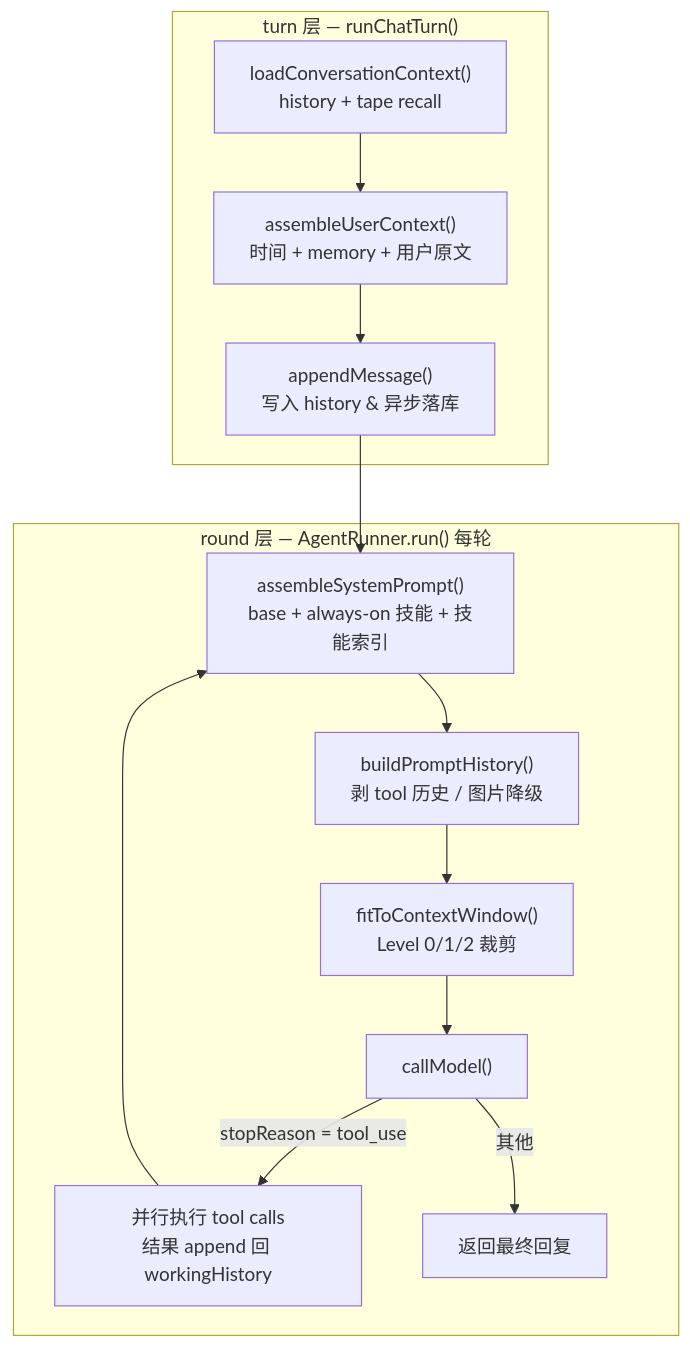
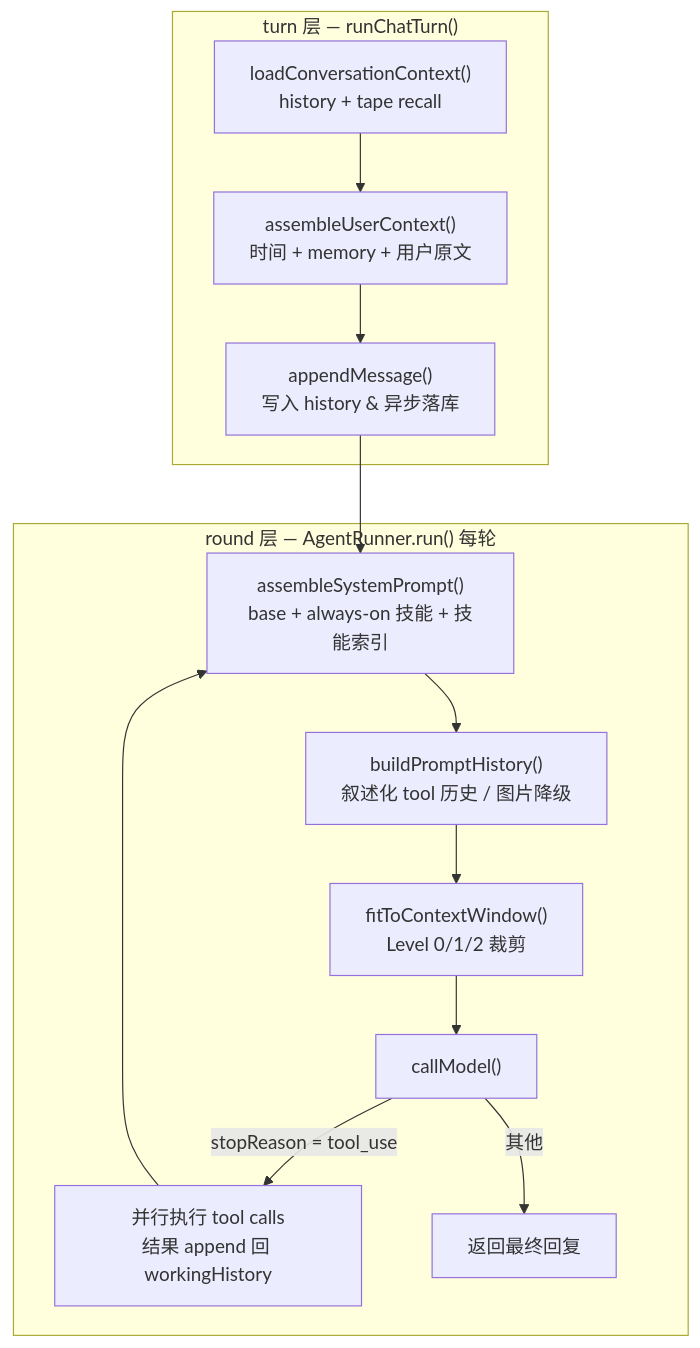
Before and after one commit to DBAAZzz/easy-weixin-clawbot: the diagram in packages/agent/architecture/context-window.md, drawn with Mermaid. The commit also changed other lines of this file, not shown here.

````diff
--- a/packages/agent/architecture/context-window.md
+++ b/packages/agent/architecture/context-window.md
@@ -14,18 +14,18 @@
 ```mermaid
 flowchart TD
     subgraph turn["turn 层 — runChatTurn()"]
         A["loadConversationContext()<br/>history + tape recall"] --> B["assembleUserContext()<br/>时间 + memory + 用户原文"]
         B --> C["appendMessage()<br/>写入 history & 异步落库"]
     end
 
     C --> D
 
     subgraph round["round 层 — AgentRunner.run() 每轮"]
-        D["assembleSystemPrompt()<br/>base + always-on 技能 + 技能索引"] --> E["buildPromptHistory()<br/>剥 tool 历史 / 图片降级"]
+        D["assembleSystemPrompt()<br/>base + always-on 技能 + 技能索引"] --> E["buildPromptHistory()<br/>叙述化 tool 历史 / 图片降级"]
         E --> F["fitToContextWindow()<br/>Level 0/1/2 裁剪"]
         F --> G["callModel()"]
         G -->|"stopReason = tool_use"| H["并行执行 tool calls<br/>结果 append 回 workingHistory"]
         H --> D
         G -->|"其他"| I["返回最终回复"]
     end
 ```
````
